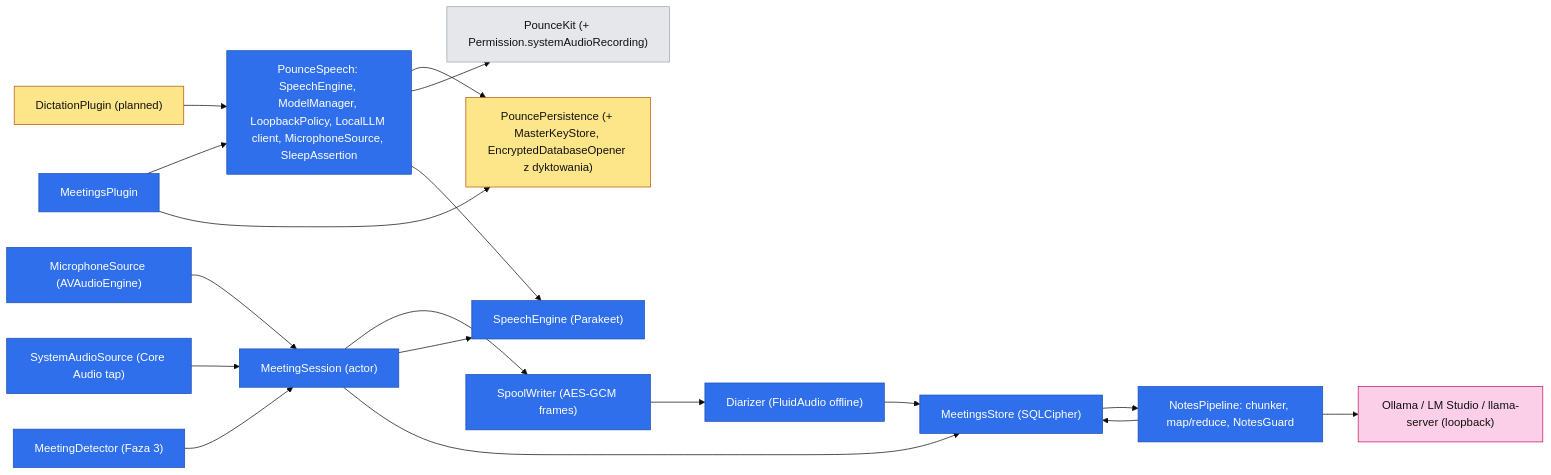
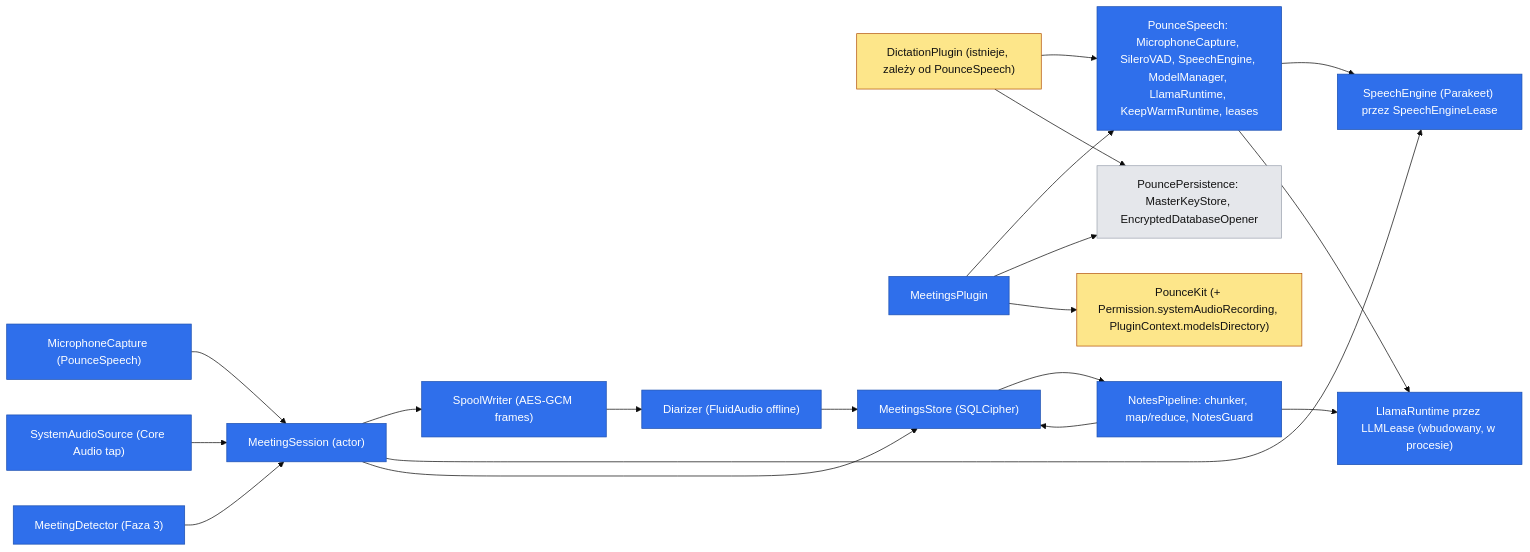
Before and after one commit to mjozefiak/Pounce: the first of 2 diagrams in .ai/specs/2026-11-03-meeting-notes.md, drawn with Mermaid (base theme). The commit also changed other lines of this file, not shown here.

First line of the commit message:
docs(spec): reconcile meeting notes spec with shipped dictation

````diff
--- a/.ai/specs/2026-11-03-meeting-notes.md
+++ b/.ai/specs/2026-11-03-meeting-notes.md
@@ -71,40 +74,40 @@
 ```mermaid
 flowchart LR
     classDef existing fill:#e5e7eb,color:#111,stroke:#9ca3af
-    classDef planned fill:#fde68a,color:#111,stroke:#b45309
+    classDef changed fill:#fde68a,color:#111,stroke:#b45309
     classDef new fill:#2f6feb,color:#fff,stroke:#1b4fb0
-    classDef external fill:#fbcfe8,color:#111,stroke:#be185d
 
-    kit["PounceKit (+ Permission.systemAudioRecording)"]:::existing
-    pers["PouncePersistence (+ MasterKeyStore, EncryptedDatabaseOpener z dyktowania)"]:::planned
-    speech["PounceSpeech: SpeechEngine, ModelManager, LoopbackPolicy, LocalLLM client, MicrophoneSource, SleepAssertion"]:::new
-    dict["DictationPlugin (planned)"]:::planned
+    kit["PounceKit (+ Permission.systemAudioRecording, PluginContext.modelsDirectory)"]:::changed
+    pers["PouncePersistence: MasterKeyStore, EncryptedDatabaseOpener"]:::existing
+    speech["PounceSpeech: MicrophoneCapture, SileroVAD, SpeechEngine, ModelManager, LlamaRuntime, KeepWarmRuntime, leases"]:::new
+    dict["DictationPlugin (istnieje, zależy od PounceSpeech)"]:::changed
     meet["MeetingsPlugin"]:::new
 
-    mic["MicrophoneSource (AVAudioEngine)"]:::new
+    mic["MicrophoneCapture (PounceSpeech)"]:::new
     sys["SystemAudioSource (Core Audio tap)"]:::new
     sess["MeetingSession (actor)"]:::new
     spool["SpoolWriter (AES-GCM frames)"]:::new
-    asr["SpeechEngine (Parakeet)"]:::new
+    asr["SpeechEngine (Parakeet) przez SpeechEngineLease"]:::new
     diar["Diarizer (FluidAudio offline)"]:::new
     store["MeetingsStore (SQLCipher)"]:::new
     notes["NotesPipeline: chunker, map/reduce, NotesGuard"]:::new
-    llm["Ollama / LM Studio / llama-server (loopback)"]:::external
+    llm["LlamaRuntime przez LLMLease (wbudowany, w procesie)"]:::new
     det["MeetingDetector (Faza 3)"]:::new
 
     meet --> speech
     dict --> speech
-    speech --> pers
-    speech --> kit
     meet --> pers
+    dict --> pers
+    meet --> kit
     mic --> sess
     sys --> sess
     sess --> spool
     sess --> asr
     sess --> store
     spool --> diar --> store
     store --> notes --> llm
     notes --> store
     det --> sess
     speech --> asr
+    speech --> llm
 ```
````
